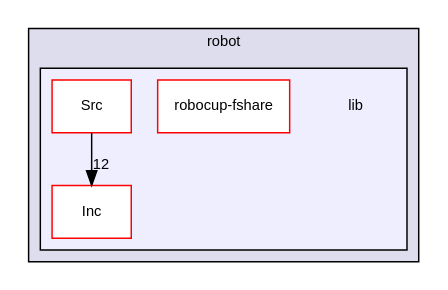
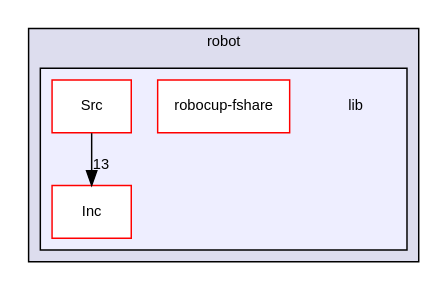
Before and after one commit to RoboJackets/robocup-firmware: the diagram in dir_bce75092e74c8e5afefc19c24a06f395_dep.dot, drawn with Graphviz. The commit also changed 690 other files, not shown here.

```diff
--- a/dir_bce75092e74c8e5afefc19c24a06f395_dep.dot
+++ b/dir_bce75092e74c8e5afefc19c24a06f395_dep.dot
@@ -1,16 +1,16 @@
 digraph "/home/developer/robocup-firmware/robot/lib" {
   compound=true
   node [ fontsize="10", fontname="Helvetica"];
   edge [ labelfontsize="10", labelfontname="Helvetica"];
   subgraph clusterdir_ecf8ca46b2885291d59feefec80b5002 {
     graph [ bgcolor="#ddddee", pencolor="black", label="robot" fontname="Helvetica", fontsize="10", URL="dir_ecf8ca46b2885291d59feefec80b5002.html"]
   subgraph clusterdir_bce75092e74c8e5afefc19c24a06f395 {
     graph [ bgcolor="#eeeeff", pencolor="black", label="" URL="dir_bce75092e74c8e5afefc19c24a06f395.html"];
     dir_bce75092e74c8e5afefc19c24a06f395 [shape=plaintext label="lib"];
     dir_a894177cf49d69402f578056eb4872c3 [shape=box label="Inc" color="red" fillcolor="white" style="filled" URL="dir_a894177cf49d69402f578056eb4872c3.html"];
     dir_45dab24a911ce1b6903127f8dc8ff408 [shape=box label="robocup-fshare" color="red" fillcolor="white" style="filled" URL="dir_45dab24a911ce1b6903127f8dc8ff408.html"];
     dir_e9c6d8553f950e4cdb30b7b097603f77 [shape=box label="Src" color="red" fillcolor="white" style="filled" URL="dir_e9c6d8553f950e4cdb30b7b097603f77.html"];
   }
   }
-  dir_e9c6d8553f950e4cdb30b7b097603f77->dir_a894177cf49d69402f578056eb4872c3 [headlabel="12", labeldistance=1.5 headhref="dir_000023_000014.html"];
+  dir_e9c6d8553f950e4cdb30b7b097603f77->dir_a894177cf49d69402f578056eb4872c3 [headlabel="13", labeldistance=1.5 headhref="dir_000023_000014.html"];
 }
```
